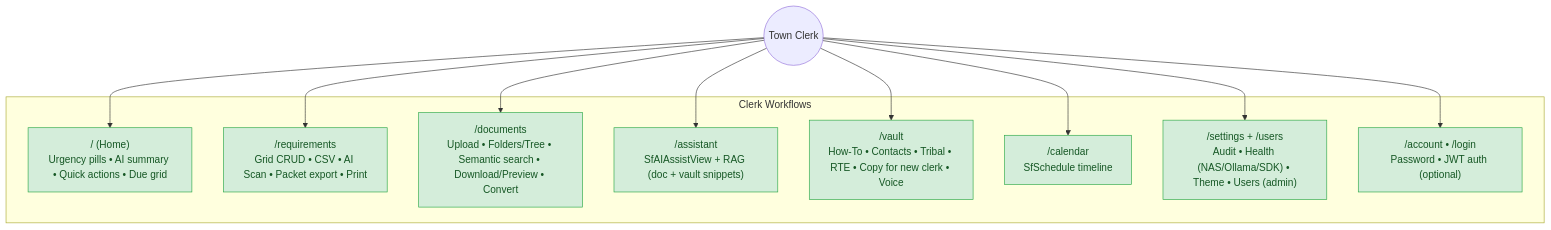
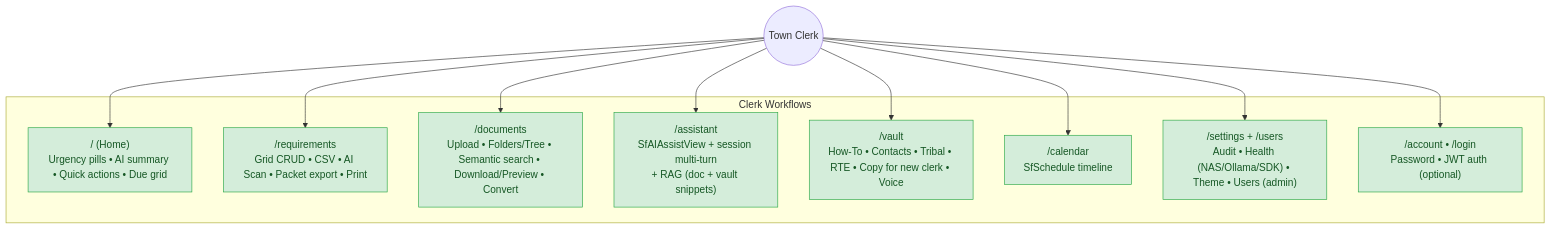
Before and after one commit to Bigessfour/TIKR-Town-Institutional-Knowledge-Tracker: the first of 3 diagrams in docs/function-tree.md, drawn with Mermaid. The commit also changed other lines of this file and 160 other files, not shown here.

````diff
--- a/docs/function-tree.md
+++ b/docs/function-tree.md
@@ -12,27 +12,27 @@
 ```mermaid
 flowchart TB
     Clerk((Town Clerk))
 
     subgraph ClerkWorkflows["Clerk Workflows"]
         Dashboard["/ (Home)\nUrgency pills • AI summary • Quick actions • Due grid"]
         Requirements["/requirements\nGrid CRUD • CSV • AI Scan • Packet export • Print"]
         Documents["/documents\nUpload • Folders/Tree • Semantic search • Download/Preview • Convert"]
-        Assistant["/assistant\nSfAIAssistView + RAG (doc + vault snippets)"]
+        Assistant["/assistant\nSfAIAssistView + session multi-turn\n+ RAG (doc + vault snippets)"]
         Vault["/vault\nHow-To • Contacts • Tribal • RTE • Copy for new clerk • Voice"]
         Calendar["/calendar\nSfSchedule timeline"]
         Settings["/settings + /users\nAudit • Health (NAS/Ollama/SDK) • Theme • Users (admin)"]
         Account["/account • /login\nPassword • JWT auth (optional)"]
     end
 
     Clerk --> Dashboard
     Clerk --> Requirements
     Clerk --> Documents
     Clerk --> Assistant
     Clerk --> Vault
     Clerk --> Calendar
     Clerk --> Settings
     Clerk --> Account
 
     classDef done fill:#d4edda,stroke:#28a745,color:#155724
     class Dashboard,Requirements,Documents,Assistant,Vault,Calendar,Settings,Account done
 ```
````
